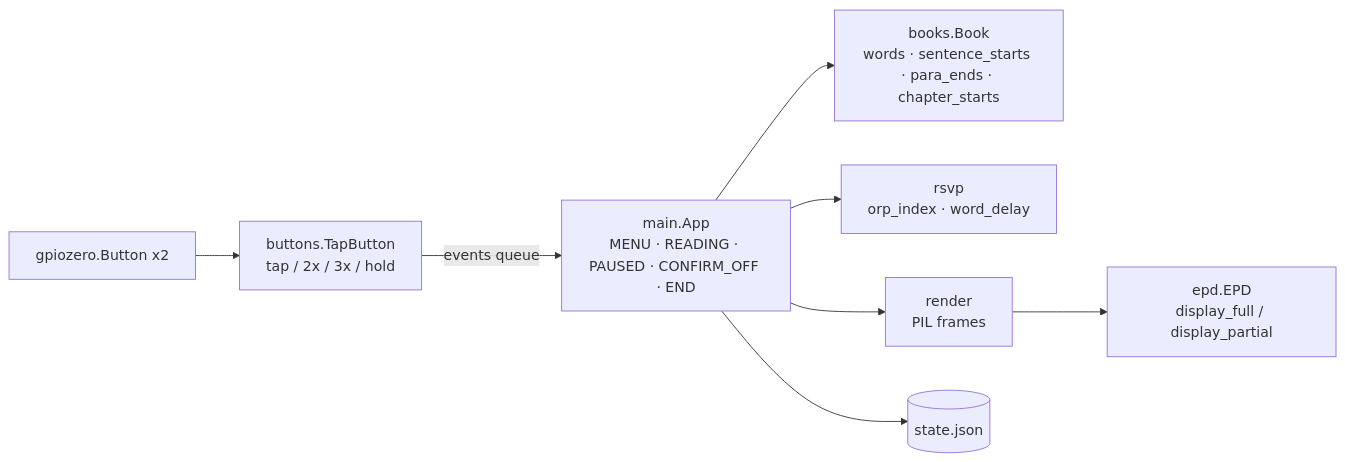
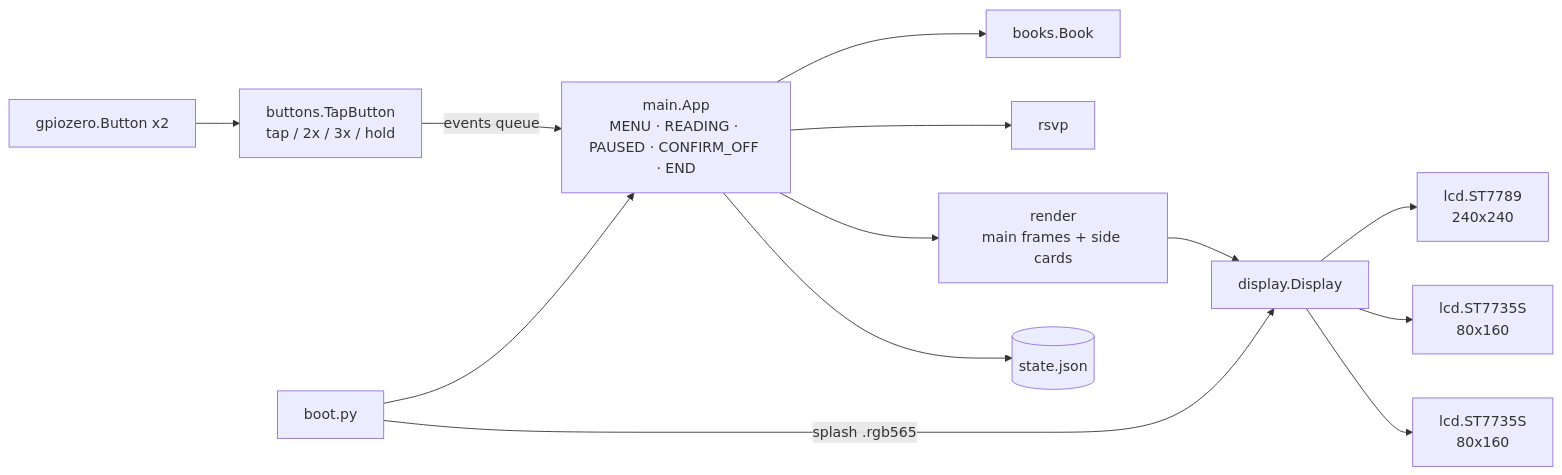
One commit to iconoptic/0_reader changed the diagram in README.md. Above: the diagram before and after it, drawn with Mermaid. The commit also changed other lines of this file and 23 other files, not shown here.

First line of the commit message:
Redesign for Waveshare Zero LCD HAT (A): three-screen dark UI, splash, offline card build

````diff
--- a/README.md
+++ b/README.md
@@ -33,10 +56,15 @@
 ```mermaid
 flowchart LR
-    B[gpiozero.Button x2] --> TB[buttons.TapButton<br/>tap / 2x / 3x / hold]
+    K[gpiozero.Button x2] --> TB[buttons.TapButton<br/>tap / 2x / 3x / hold]
     TB -->|events queue| APP[main.App<br/>MENU · READING · PAUSED · CONFIRM_OFF · END]
-    APP --> BK[books.Book<br/>words · sentence_starts · para_ends · chapter_starts]
-    APP --> RS[rsvp<br/>orp_index · word_delay]
-    APP --> RD[render<br/>PIL frames]
-    RD --> EPD[epd.EPD<br/>display_full / display_partial]
+    APP --> BK[books.Book]
+    APP --> RS[rsvp]
+    APP --> RD[render<br/>main frames + side cards]
+    RD --> D[display.Display]
+    D --> M[lcd.ST7789<br/>240x240]
+    D --> L[lcd.ST7735S<br/>80x160]
+    D --> R[lcd.ST7735S<br/>80x160]
     APP --> ST[(state.json)]
+    BOOT[boot.py] -->|splash .rgb565| D
+    BOOT --> APP
 ```
````
